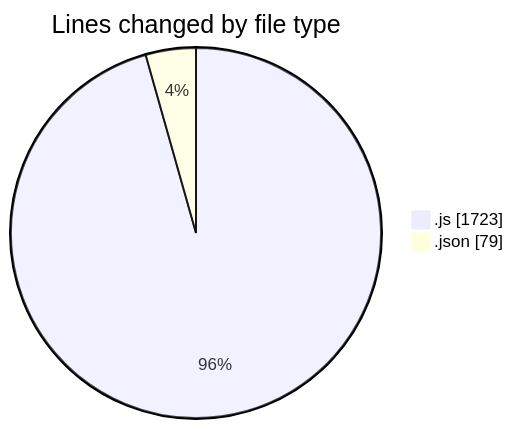
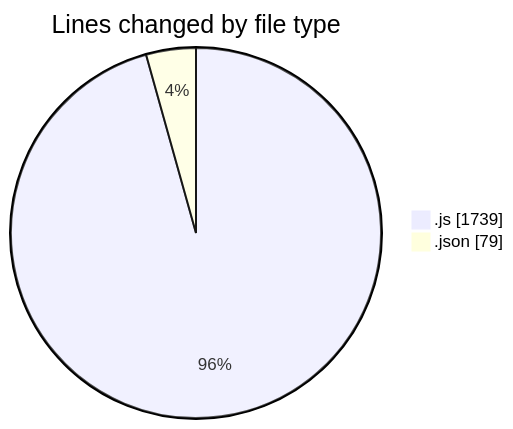
The first of 2 diagrams in 2025-01-31/cda/README.md (momahboobian/code-tracking), drawn with Mermaid before and after one commit. The commit also changed other lines of this file and 1 other file, not shown here.

Commit message:
mermaid pie showData title Lines changed by file type -".js" : 1723 +".js" : 1739 ".json" : 79

````diff
--- a/2025-01-31/cda/README.md
+++ b/2025-01-31/cda/README.md
@@ -28,6 +28,6 @@
 ```mermaid
 pie showData
 title Lines changed by file type
-".js" : 1723
+".js" : 1739
 ".json" : 79
 ```
````
